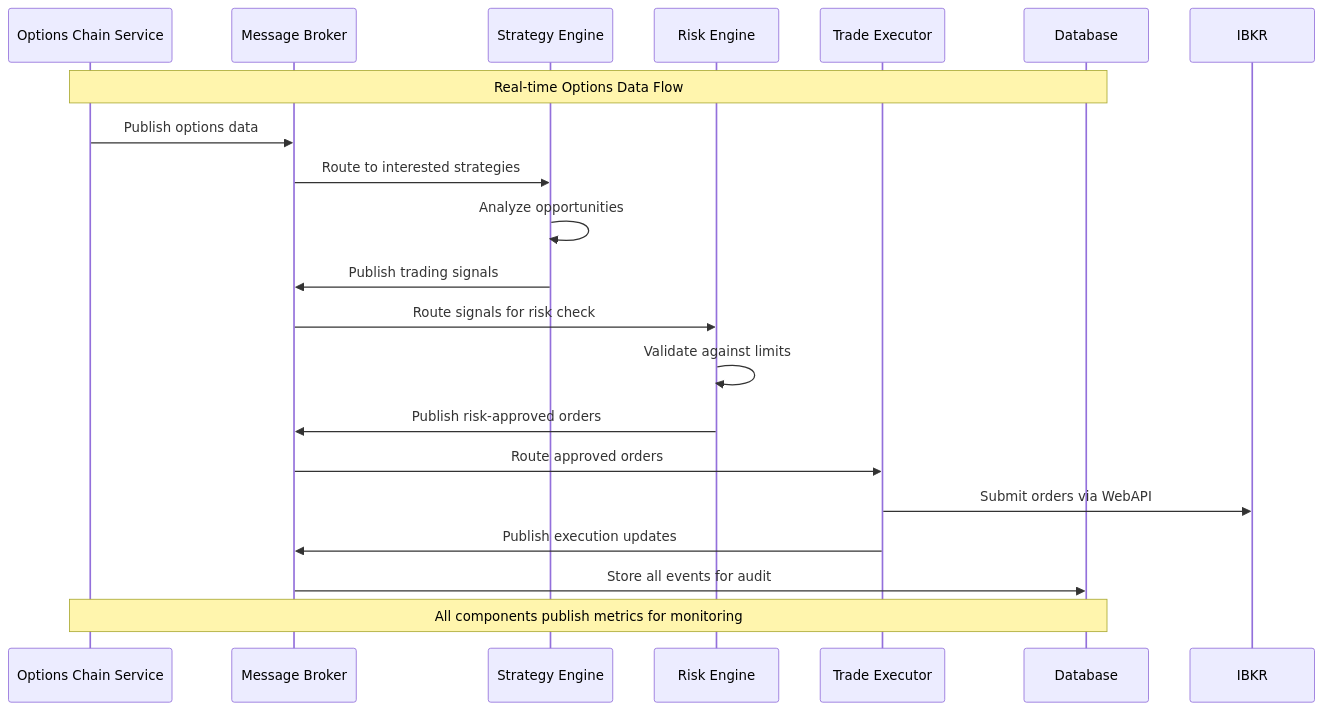
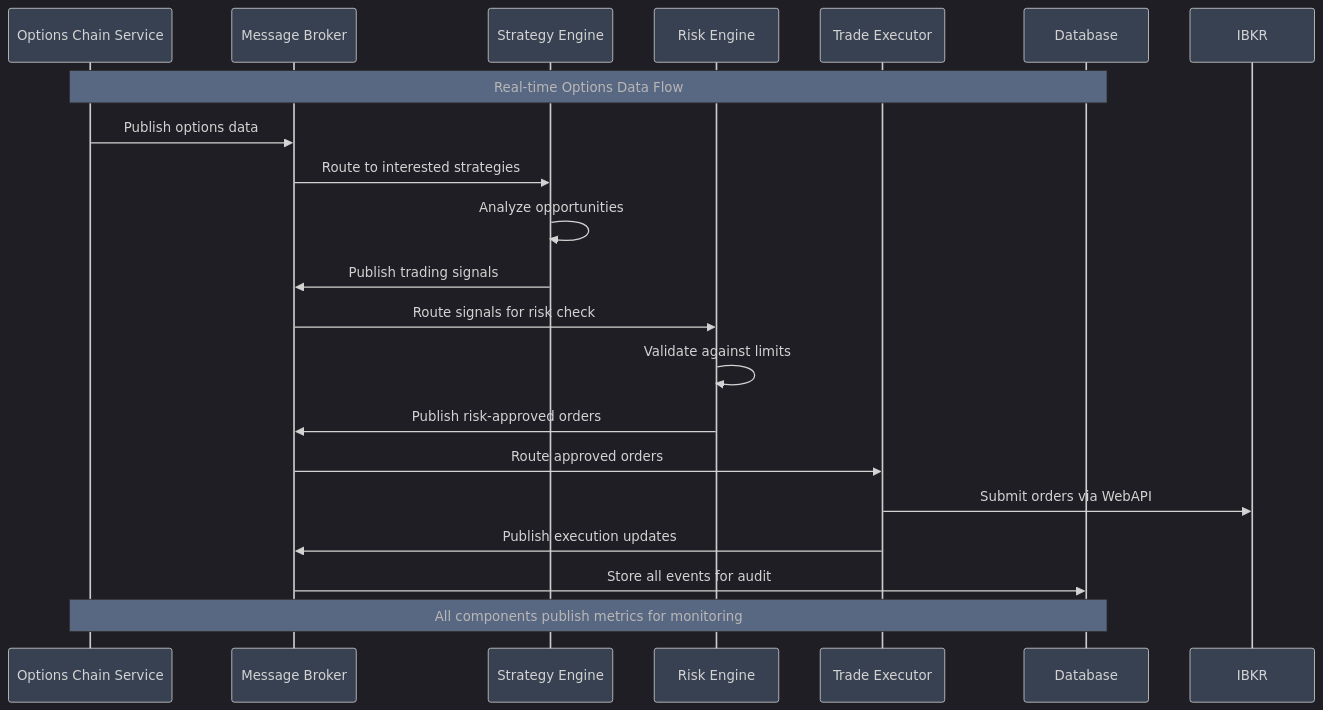
The third of 7 diagrams in src/Python_Programs/IBKR_Trading_System_Architecture.md (petewilburn/Python-Programs-for-Fun-and-Education), drawn with Mermaid before and after one commit. The commit also changed other lines of this file and 4 other files, not shown here.

First line of the commit message:
Fix Mermaid charts for dark mode compatibility

````diff
--- a/src/Python_Programs/IBKR_Trading_System_Architecture.md
+++ b/src/Python_Programs/IBKR_Trading_System_Architecture.md
@@ -268,28 +270,29 @@
 ```mermaid
+%%{init: {'theme':'dark', 'themeVariables': {'primaryColor':'#4f46e5','primaryTextColor':'#ffffff','primaryBorderColor':'#6366f1','lineColor':'#6b7280','secondaryColor':'#10b981','tertiaryColor':'#f59e0b','background':'#1f2937','mainBkg':'#374151','secondBkg':'#4b5563','tertiaryBkg':'#6b7280'}}}%%
 sequenceDiagram
     participant OCS as Options Chain Service
     participant MB as Message Broker
     participant SE as Strategy Engine
     participant RE as Risk Engine
     participant TE as Trade Executor
     participant DB as Database
     
     Note over OCS,DB: Real-time Options Data Flow
     
     OCS->>MB: Publish options data
     MB->>SE: Route to interested strategies
     SE->>SE: Analyze opportunities
     SE->>MB: Publish trading signals
     
     MB->>RE: Route signals for risk check
     RE->>RE: Validate against limits
     RE->>MB: Publish risk-approved orders
     
     MB->>TE: Route approved orders
     TE->>IBKR: Submit orders via WebAPI
     TE->>MB: Publish execution updates
     
     MB->>DB: Store all events for audit
     
     Note over OCS,DB: All components publish metrics for monitoring
 ```
````
